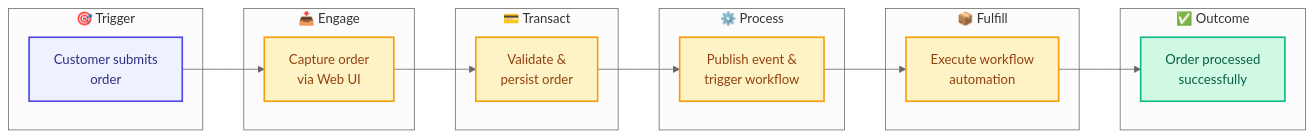
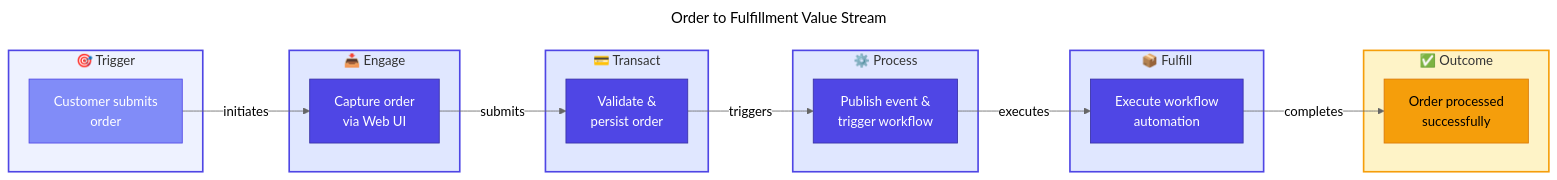
One commit to Evilazaro/Azure-LogicApps-Monitoring changed the second of 4 diagrams in docs/architecture/01-business-architecture.md. Above: the diagram before and after it, drawn with Mermaid (neutral theme). The commit also changed other lines of this file, not shown here.

Commit message:
docs: Enhance mermaid diagrams with titles and improved styling for better clarity and organization

````diff
--- a/docs/architecture/01-business-architecture.md
+++ b/docs/architecture/01-business-architecture.md
@@ -124,38 +139,61 @@
 ```mermaid
+---
+title: Order to Fulfillment Value Stream
+---
 flowchart LR
-    %% Order to Fulfillment Value Stream - End-to-end order processing flow
-    subgraph Trigger["🎯 Trigger"]
+    %% ===== CLASS DEFINITIONS =====
+    classDef primary fill:#4F46E5,stroke:#3730A3,color:#FFFFFF
+    classDef secondary fill:#10B981,stroke:#059669,color:#FFFFFF
+    classDef datastore fill:#F59E0B,stroke:#D97706,color:#000000
+    classDef external fill:#6B7280,stroke:#4B5563,color:#FFFFFF,stroke-dasharray: 5 5
+    classDef failed fill:#F44336,stroke:#C62828,color:#FFFFFF
+    classDef trigger fill:#818CF8,stroke:#4F46E5,color:#FFFFFF
+    classDef decision fill:#FFFBEB,stroke:#F59E0B,color:#000000
+    classDef input fill:#F3F4F6,stroke:#6B7280,color:#000000
+
+    %% ===== TRIGGER STAGE =====
+    subgraph TriggerStage["🎯 Trigger"]
         T1["Customer submits<br/>order"]
     end
 
+    %% ===== ENGAGE STAGE =====
     subgraph Engage["📥 Engage"]
         S1["Capture order<br/>via Web UI"]
     end
 
+    %% ===== TRANSACT STAGE =====
     subgraph Transact["💳 Transact"]
         S2["Validate &<br/>persist order"]
     end
 
+    %% ===== PROCESS STAGE =====
     subgraph Process["⚙️ Process"]
         S3["Publish event &<br/>trigger workflow"]
     end
 
+    %% ===== FULFILL STAGE =====
     subgraph Fulfill["📦 Fulfill"]
         S4["Execute workflow<br/>automation"]
     end
 
+    %% ===== OUTCOME STAGE =====
     subgraph Outcome["✅ Outcome"]
         O1["Order processed<br/>successfully"]
     end
 
-    T1 --> S1 --> S2 --> S3 --> S4 --> O1
+    %% ===== CONNECTIONS =====
+    T1 -->|"initiates"| S1 -->|"submits"| S2 -->|"triggers"| S3 -->|"executes"| S4 -->|"completes"| O1
 
-    %% Modern color palette - WCAG AA compliant
-    classDef trigger fill:#EEF2FF,stroke:#4F46E5,stroke-width:2px,color:#312E81
-    classDef stage fill:#FEF3C7,stroke:#F59E0B,stroke-width:2px,color:#92400E
-    classDef outcome fill:#D1FAE5,stroke:#10B981,stroke-width:2px,color:#065F46
+    %% ===== SUBGRAPH STYLES =====
+    style TriggerStage fill:#EEF2FF,stroke:#4F46E5,stroke-width:2px
+    style Engage fill:#E0E7FF,stroke:#4F46E5,stroke-width:2px
+    style Transact fill:#E0E7FF,stroke:#4F46E5,stroke-width:2px
+    style Process fill:#E0E7FF,stroke:#4F46E5,stroke-width:2px
+    style Fulfill fill:#E0E7FF,stroke:#4F46E5,stroke-width:2px
+    style Outcome fill:#FEF3C7,stroke:#F59E0B,stroke-width:2px
 
+    %% ===== NODE CLASSES =====
     class T1 trigger
-    class S1,S2,S3,S4 stage
-    class O1 outcome
+    class S1,S2,S3,S4 primary
+    class O1 datastore
 ```
````
